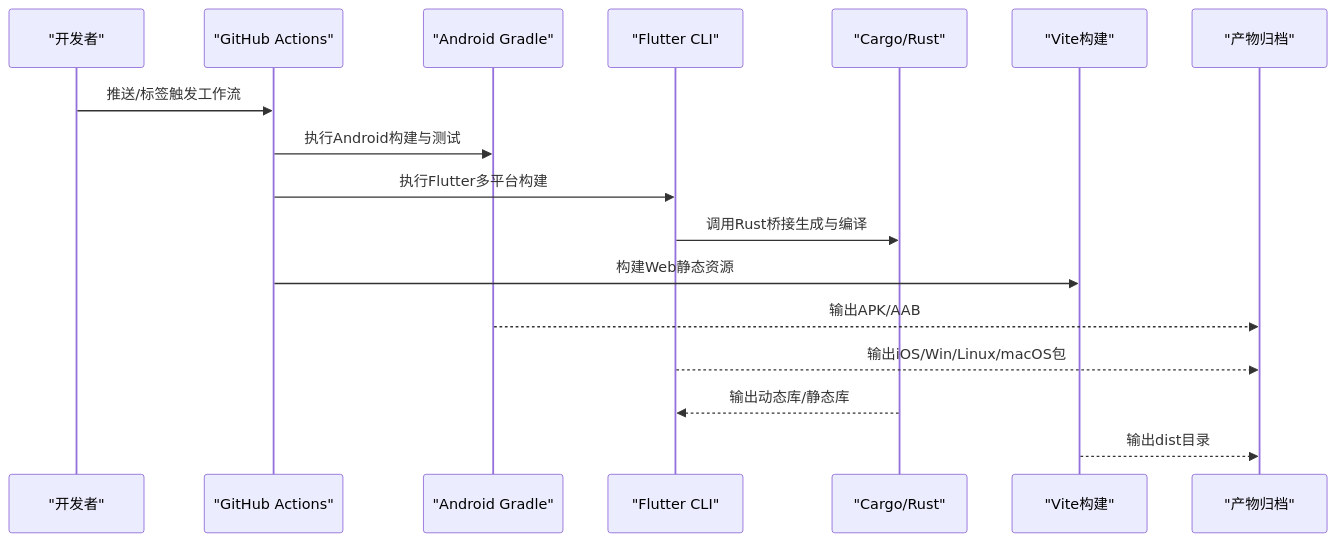
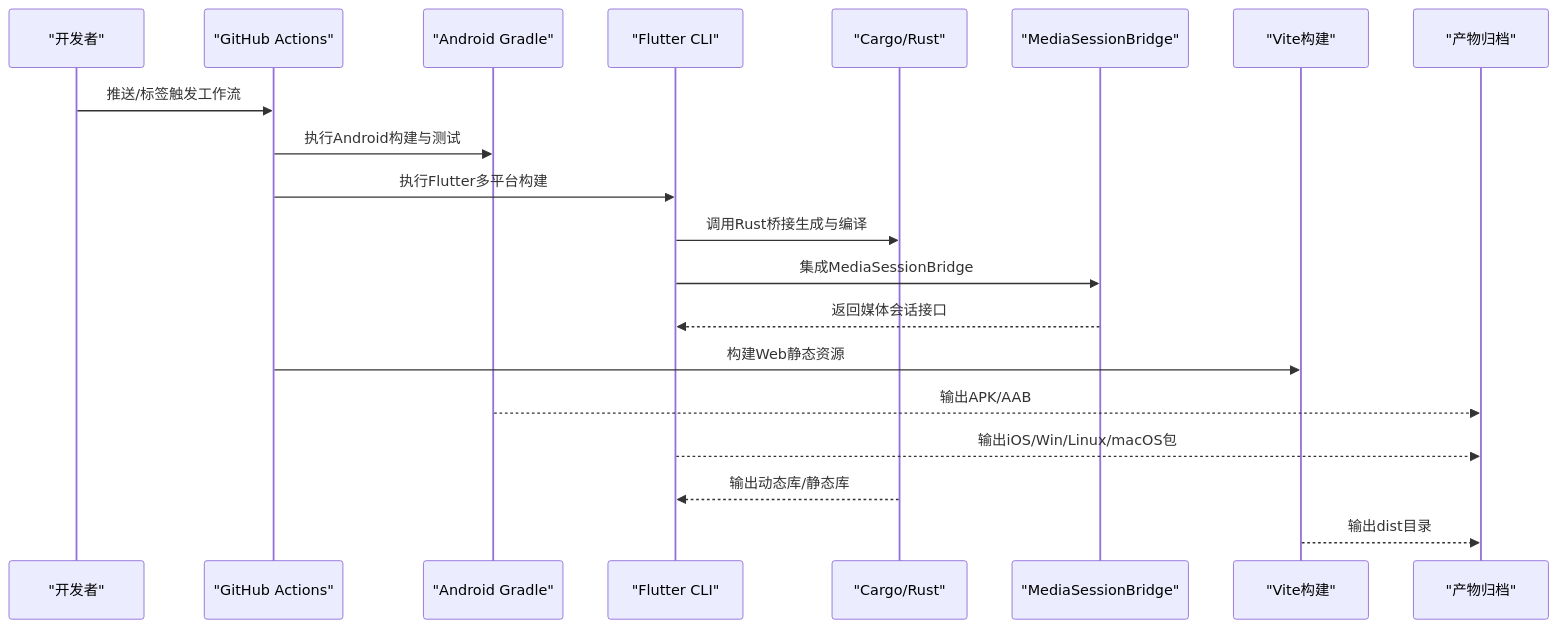
One commit to ZhangGHGitHub/LegadoTeamFlutter changed the second of 8 diagrams in .qoder/repowiki/zh/content/构建和部署/构建和部署.md. Above: the diagram before and after it, drawn with Mermaid. The commit also changed other lines of this file and 66 other files, not shown here.

````diff
--- a/.qoder/repowiki/zh/content/构建和部署/构建和部署.md
+++ b/.qoder/repowiki/zh/content/构建和部署/构建和部署.md
@@ -119,19 +132,22 @@
 ```mermaid
 sequenceDiagram
 participant Dev as "开发者"
 participant GH as "GitHub Actions"
 participant AG as "Android Gradle"
 participant FL as "Flutter CLI"
 participant RS as "Cargo/Rust"
+participant MSB as "MediaSessionBridge"
 participant WB as "Vite构建"
 participant OUT as "产物归档"
 Dev->>GH : 推送/标签触发工作流
 GH->>AG : 执行Android构建与测试
 GH->>FL : 执行Flutter多平台构建
 FL->>RS : 调用Rust桥接生成与编译
+FL->>MSB : 集成MediaSessionBridge
+MSB-->>FL : 返回媒体会话接口
 GH->>WB : 构建Web静态资源
 AG-->>OUT : 输出APK/AAB
 FL-->>OUT : 输出iOS/Win/Linux/macOS包
 RS-->>FL : 输出动态库/静态库
 WB-->>OUT : 输出dist目录
 ```
````
